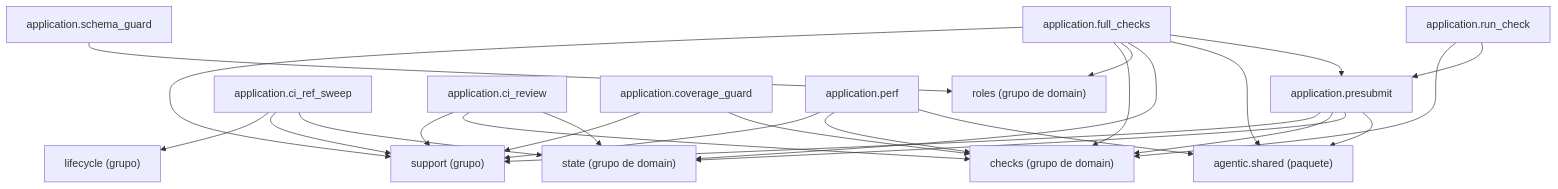
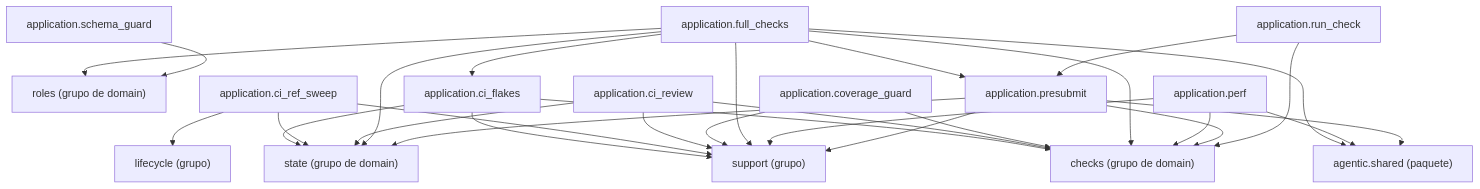
The diagram in docs/architecture/generated/packages-process-application-checks.md (GonzaloZevallos/agentic-system), drawn with Mermaid before and after one commit. The commit also changed 7 other files, not shown here.

First line of the commit message:
Wire the form rerun, dated flakes and the CI flake block into the merge, full-checks, slice and delivery gates

````diff
--- a/docs/architecture/generated/packages-process-application-checks.md
+++ b/docs/architecture/generated/packages-process-application-checks.md
@@ -16,41 +16,46 @@
 ```mermaid
 graph TD
     g_application__lifecycle["lifecycle (grupo)"]
     g_application__support["support (grupo)"]
     g_domain__checks["checks (grupo de domain)"]
     g_domain__roles["roles (grupo de domain)"]
     g_domain__state["state (grupo de domain)"]
     g_pkg__agentic__shared["agentic.shared (paquete)"]
+    m_application__ci_flakes["application.ci_flakes"]
     m_application__ci_ref_sweep["application.ci_ref_sweep"]
     m_application__ci_review["application.ci_review"]
     m_application__coverage_guard["application.coverage_guard"]
     m_application__full_checks["application.full_checks"]
     m_application__perf["application.perf"]
     m_application__presubmit["application.presubmit"]
     m_application__run_check["application.run_check"]
     m_application__schema_guard["application.schema_guard"]
+    m_application__ci_flakes --> g_application__support
+    m_application__ci_flakes --> g_domain__checks
+    m_application__ci_flakes --> g_domain__state
     m_application__ci_ref_sweep --> g_application__lifecycle
     m_application__ci_ref_sweep --> g_application__support
     m_application__ci_ref_sweep --> g_domain__state
     m_application__ci_review --> g_application__support
     m_application__ci_review --> g_domain__checks
     m_application__ci_review --> g_domain__state
     m_application__coverage_guard --> g_application__support
     m_application__coverage_guard --> g_domain__checks
     m_application__full_checks --> g_application__support
     m_application__full_checks --> g_domain__checks
     m_application__full_checks --> g_domain__roles
     m_application__full_checks --> g_domain__state
     m_application__full_checks --> g_pkg__agentic__shared
+    m_application__full_checks --> m_application__ci_flakes
     m_application__full_checks --> m_application__presubmit
     m_application__perf --> g_application__support
     m_application__perf --> g_domain__checks
     m_application__perf --> g_pkg__agentic__shared
     m_application__presubmit --> g_application__support
     m_application__presubmit --> g_domain__checks
     m_application__presubmit --> g_domain__state
     m_application__presubmit --> g_pkg__agentic__shared
     m_application__run_check --> g_domain__checks
     m_application__run_check --> m_application__presubmit
     m_application__schema_guard --> g_domain__roles
 ```
````
